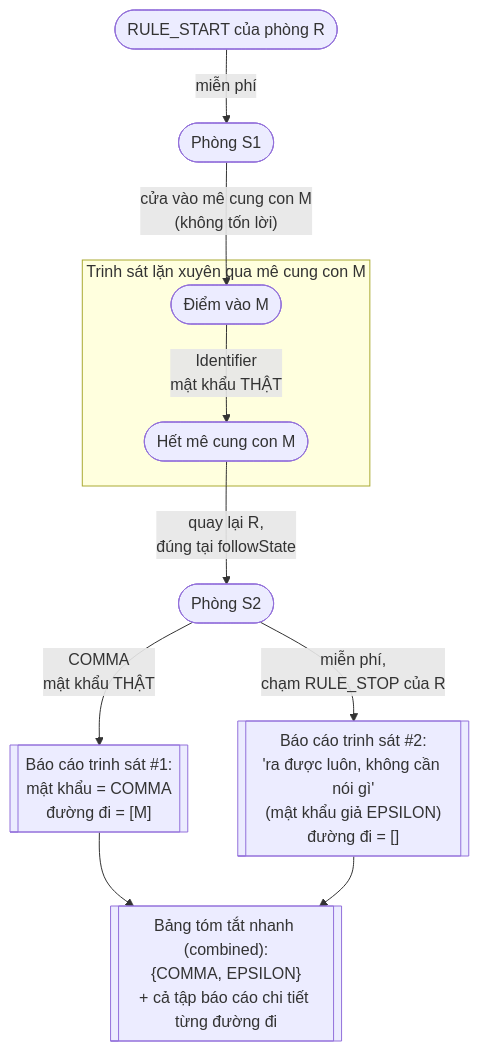
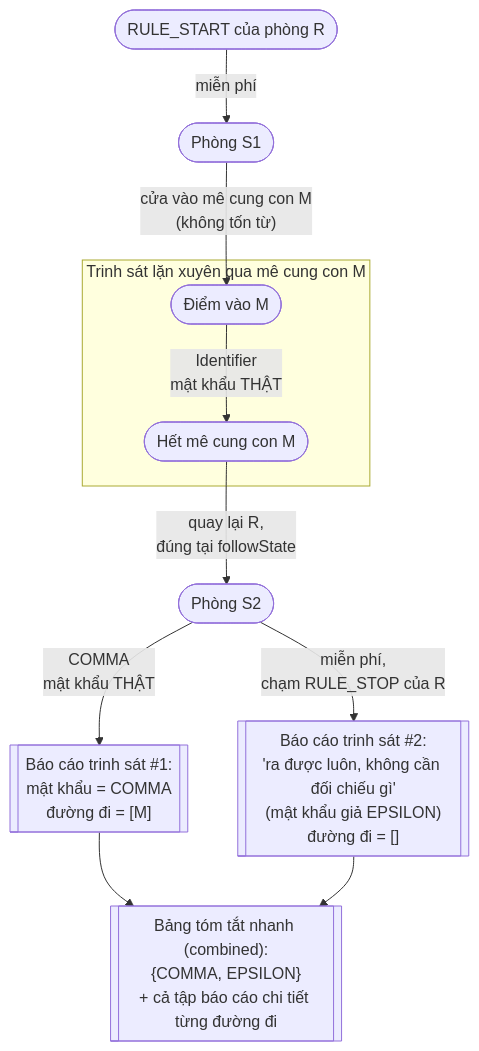
The fourth of 9 diagrams in flow.md (namnv98/naviq), drawn with Mermaid before and after one commit. The commit also changed other lines of this file and 3 other files, not shown here.

````diff
--- a/flow.md
+++ b/flow.md
@@ -197,15 +235,15 @@
 ```mermaid
 flowchart TD
     RS(["RULE_START của phòng R"]) -->|miễn phí| S1(["Phòng S1"])
-    S1 -->|" cửa vào mê cung con M<br/>(không tốn lời) "| M0(["Điểm vào M"])
+    S1 -->|" cửa vào mê cung con M<br/>(không tốn từ) "| M0(["Điểm vào M"])
 
     subgraph MAZE [" Trinh sát lặn xuyên qua mê cung con M "]
         M0 -->|" Identifier<br/>mật khẩu THẬT "| M1(["Hết mê cung con M"])
     end
 
     M1 -->|" quay lại R,<br/>đúng tại followState "| S2(["Phòng S2"])
     S2 -->|" COMMA<br/>mật khẩu THẬT "| E1[["Báo cáo trinh sát #1:<br/>mật khẩu = COMMA<br/>đường đi = [M]"]]
-    S2 -->|" miễn phí,<br/>chạm RULE_STOP của R "| E2[["Báo cáo trinh sát #2:<br/>'ra được luôn, không cần nói gì'<br/>(mật khẩu giả EPSILON)<br/>đường đi = []"]]
+    S2 -->|" miễn phí,<br/>chạm RULE_STOP của R "| E2[["Báo cáo trinh sát #2:<br/>'ra được luôn, không cần đối chiếu gì'<br/>(mật khẩu giả EPSILON)<br/>đường đi = []"]]
     E1 --> COMBINED[["Bảng tóm tắt nhanh (combined):<br/>{COMMA, EPSILON}<br/>+ cả tập báo cáo chi tiết từng đường đi"]]
     E2 --> COMBINED
 ```
````
